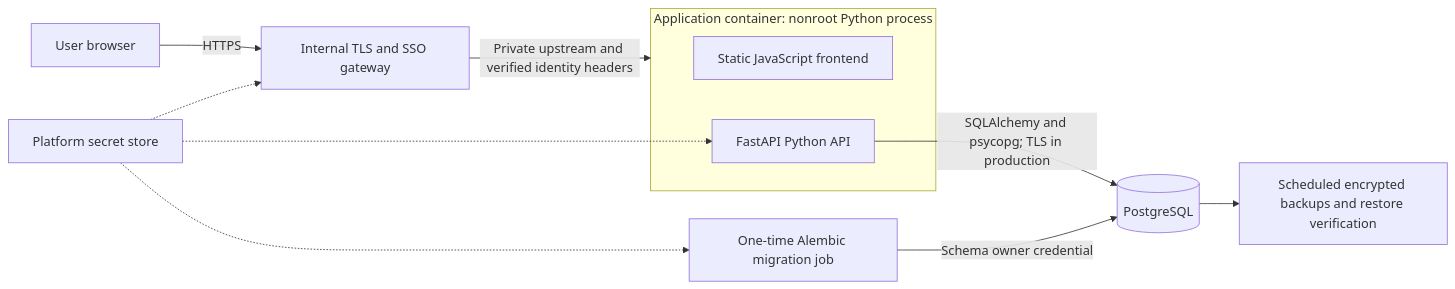
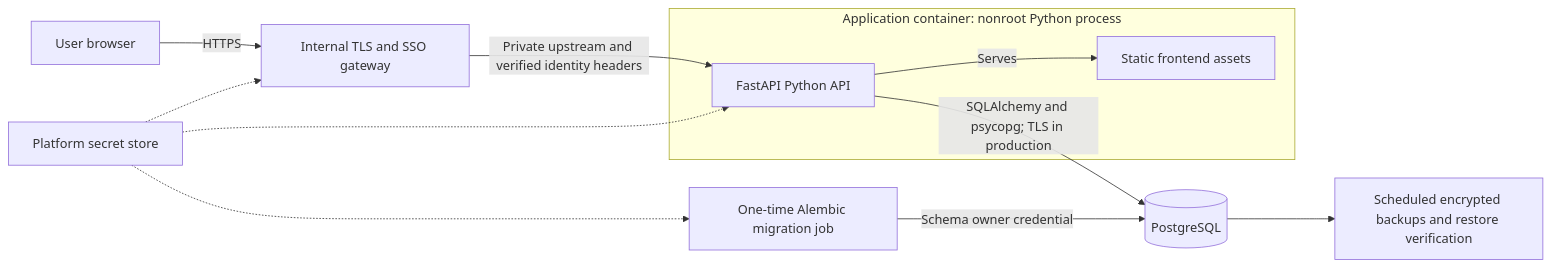
The diagram in docs/HOSTING.md (hjahangh/asic-tracker), drawn with Mermaid before and after one commit. The commit also changed other lines of this file and 26 other files, not shown here.

````diff
--- a/docs/HOSTING.md
+++ b/docs/HOSTING.md
@@ -5,15 +5,16 @@
 ```mermaid
 flowchart LR
     U[User browser] -->|HTTPS| G[Internal TLS and SSO gateway]
-    G -->|Private upstream and verified identity headers| A[Application container]
-    subgraph A[Application container: nonroot Python process]
-      F[Static JavaScript frontend]
+    G -->|Private upstream and verified identity headers| P
+    subgraph APP["Application container: nonroot Python process"]
+      F[Static frontend assets]
       P[FastAPI Python API]
+      P -->|Serves| F
     end
     P -->|SQLAlchemy and psycopg; TLS in production| D[(PostgreSQL)]
     M[One-time Alembic migration job] -->|Schema owner credential| D
     S[Platform secret store] -.-> G
     S -.-> P
     S -.-> M
     D --> B[Scheduled encrypted backups and restore verification]
 ```
````
